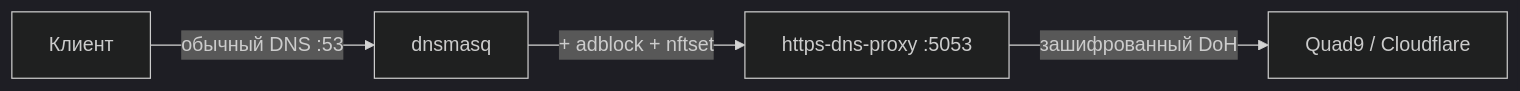
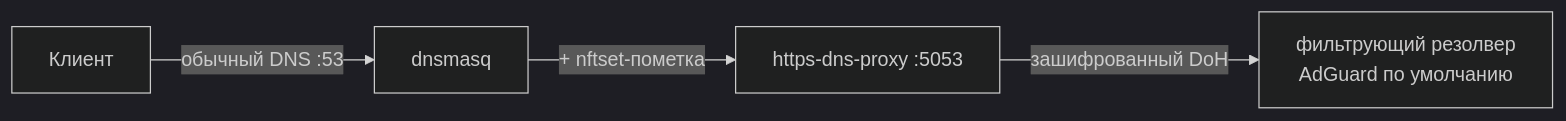
Before and after one commit to andreiyurik/cheburnet-router: the diagram in docs/v2/concepts/encrypted-dns.md, drawn with Mermaid (dark theme). The commit also changed other lines of this file and 18 other files, not shown here.

````diff
--- a/docs/v2/concepts/encrypted-dns.md
+++ b/docs/v2/concepts/encrypted-dns.md
@@ -34,6 +34,6 @@
 ```mermaid
 flowchart LR
     client[Клиент] -->|обычный DNS :53| dnsmasq
-    dnsmasq -->|+ adblock + nftset| proxy[https-dns-proxy :5053]
-    proxy -->|зашифрованный DoH| upstream[Quad9 / Cloudflare]
+    dnsmasq -->|+ nftset-пометка| proxy[https-dns-proxy :5053]
+    proxy -->|зашифрованный DoH| upstream[фильтрующий резолвер<br/>AdGuard по умолчанию]
 ```
````
